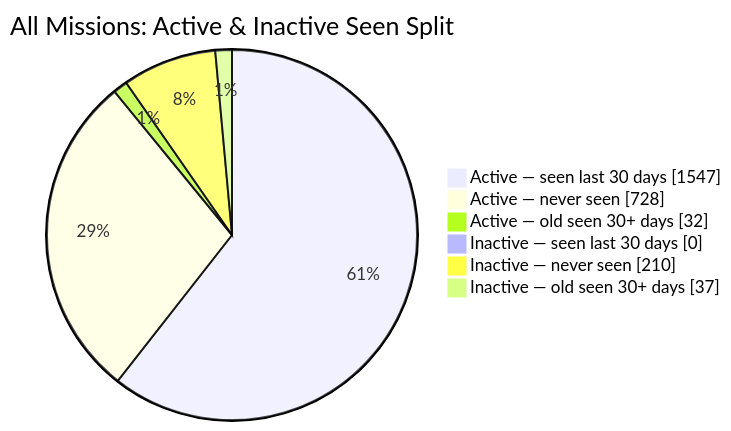
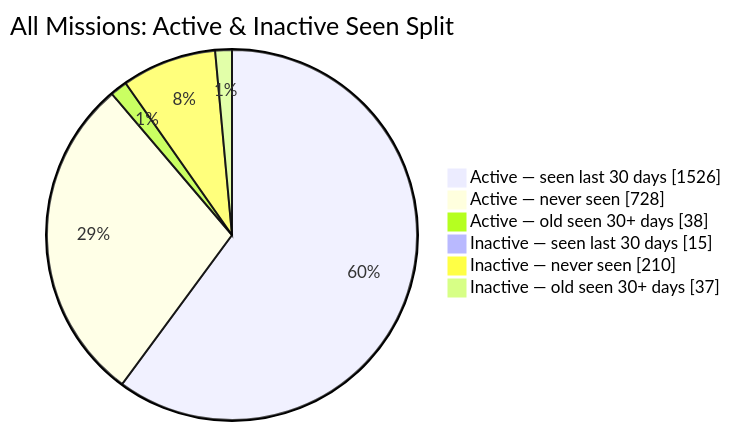
The second of 2 diagrams in README.md (MeldkamerspelGameTeam/active-missions), drawn with Mermaid before and after one commit. The commit also changed other lines of this file and 4 other files, not shown here.

````diff
--- a/README.md
+++ b/README.md
@@ -44,10 +44,10 @@
 ```mermaid
 pie showData
     title All Missions: Active & Inactive Seen Split
-    "Active — seen last 30 days" : 1547
+    "Active — seen last 30 days" : 1526
     "Active — never seen" : 728
-    "Active — old seen 30+ days" : 32
-    "Inactive — seen last 30 days" : 0
+    "Active — old seen 30+ days" : 38
+    "Inactive — seen last 30 days" : 15
     "Inactive — never seen" : 210
     "Inactive — old seen 30+ days" : 37
 ```
````
